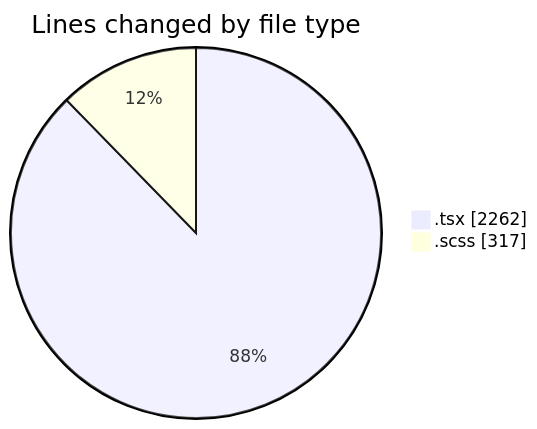
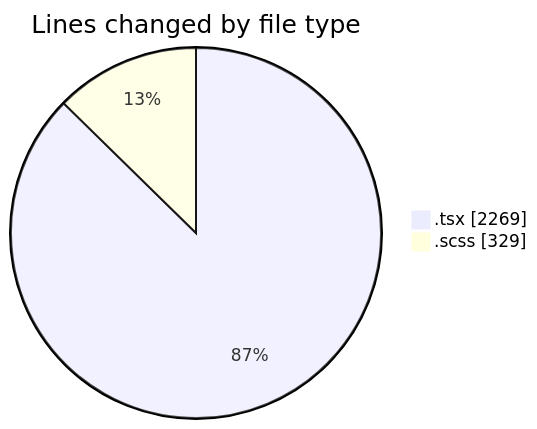
The first of 2 diagrams in 2025-09-30/cda/README.md (momahboobian/code-tracking), drawn with Mermaid before and after one commit. The commit also changed other lines of this file and 1 other file, not shown here.

````diff
--- a/2025-09-30/cda/README.md
+++ b/2025-09-30/cda/README.md
@@ -23,6 +23,6 @@
 ```mermaid
 pie showData
 title Lines changed by file type
-".tsx" : 2262
-".scss" : 317
+".tsx" : 2269
+".scss" : 329
 ```
````
